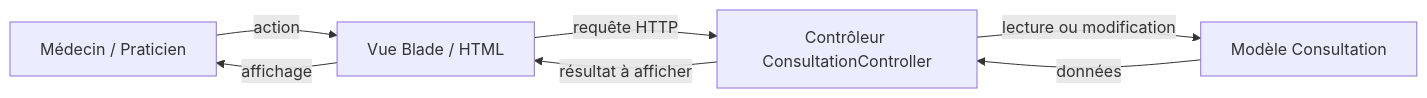
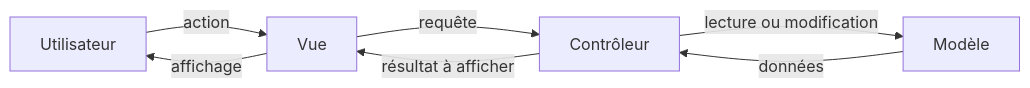
The first of 3 diagrams in Rapport/Architecture logicielle/architecture_du_system.md (Oussama-Ech-charef/projet_file_rougee), drawn with Mermaid before and after one commit. The commit also changed other lines of this file and 6 other files, not shown here.

````diff
--- a/Rapport/Architecture logicielle/architecture_du_system.md
+++ b/Rapport/Architecture logicielle/architecture_du_system.md
@@ -11,9 +11,9 @@
 ```mermaid
 flowchart LR
-    U[Médecin / Praticien] -->|action| V[Vue Blade / HTML]
-    V -->|requête HTTP| C[Contrôleur ConsultationController]
-    C -->|lecture ou modification| M[Modèle Consultation]
+    U[Utilisateur] -->|action| V[Vue]
+    V -->|requête| C[Contrôleur]
+    C -->|lecture ou modification| M[Modèle]
     M -->|données| C
     C -->|résultat à afficher| V
     V -->|affichage| U
 ```
````
